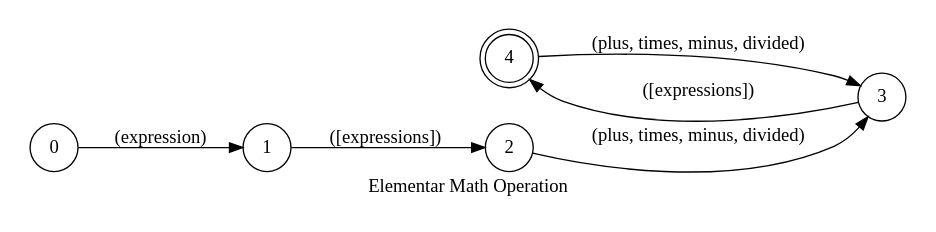
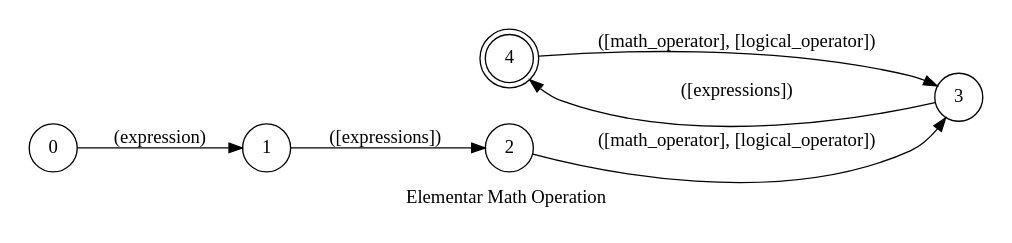
The diagram in spoken/src/modules/typescript/elementar_math_op/phrase_en-US.dot (pedrooaugusto/speech-to-code), drawn with Graphviz before and after one commit. The commit also changed 60 other files, not shown here.

```diff
--- a/spoken/src/modules/typescript/elementar_math_op/phrase_en-US.dot
+++ b/spoken/src/modules/typescript/elementar_math_op/phrase_en-US.dot
@@ -1,20 +1,20 @@
 digraph elementar_math_op {
     id="elementar_math_op";
     label="Elementar Math Operation";
     lang="en-US";
     langName="English";
     pad="0.2";
     rankdir=LR;
     disableStopWords="true";
     priority="2";
     node[shape=doublecircle]; 4;
     node[shape=circle];
 
     0 -> 1 [label="(expression)"];
     1 -> 2 [label="([expressions])", store=left];
-    {2 4} -> 3 [label="(plus, times, minus, divided)", store=operation, normalizer=elementarMathOperation];
+    {2 4} -> 3 [label="([math_operator], [logical_operator])", store=operation];
     3 -> 4 [label="([expressions])", store=right];
 
     title="Writes a elementar math operation";
     desc="Writes a elementar math operation (*, -, +, /)";
 }
```
